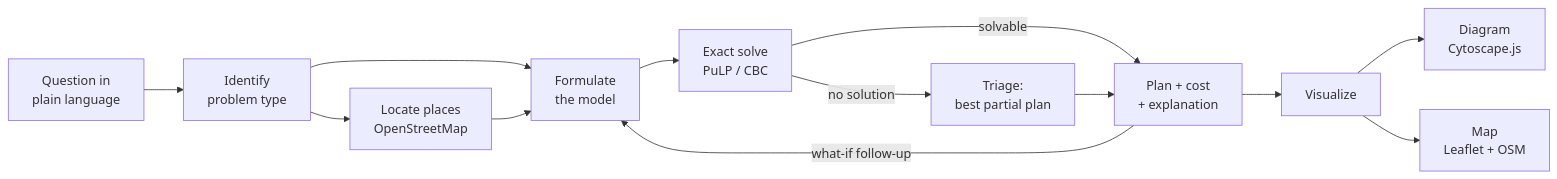
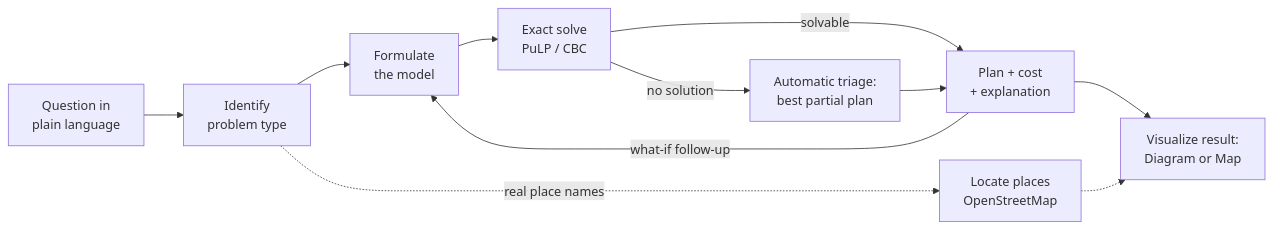
The diagram in README.md (ibipul/agentic_logistic_handler), drawn with Mermaid before and after one commit. The commit also changed other lines of this file, not shown here.

Commit message:
README: flow diagram shows visualization only at the result stage

````diff
--- a/README.md
+++ b/README.md
@@ -11,15 +11,13 @@
 ```mermaid
 flowchart LR
     Q[Question in<br/>plain language] --> I[Identify<br/>problem type]
-    I --> P[Locate places<br/>OpenStreetMap]
     I --> F[Formulate<br/>the model]
-    P --> F
     F --> S[Exact solve<br/>PuLP / CBC]
     S -->|solvable| R[Plan + cost<br/>+ explanation]
-    S -->|no solution| T[Triage:<br/>best partial plan]
+    S -->|no solution| T[Automatic triage:<br/>best partial plan]
     T --> R
-    R --> V[Visualize]
-    V --> D[Diagram<br/>Cytoscape.js]
-    V --> M[Map<br/>Leaflet + OSM]
+    R --> V[Visualize result:<br/>Diagram or Map]
+    I -.->|real place names| P[Locate places<br/>OpenStreetMap]
+    P -.-> V
     R -->|what-if follow-up| F
 ```
````
